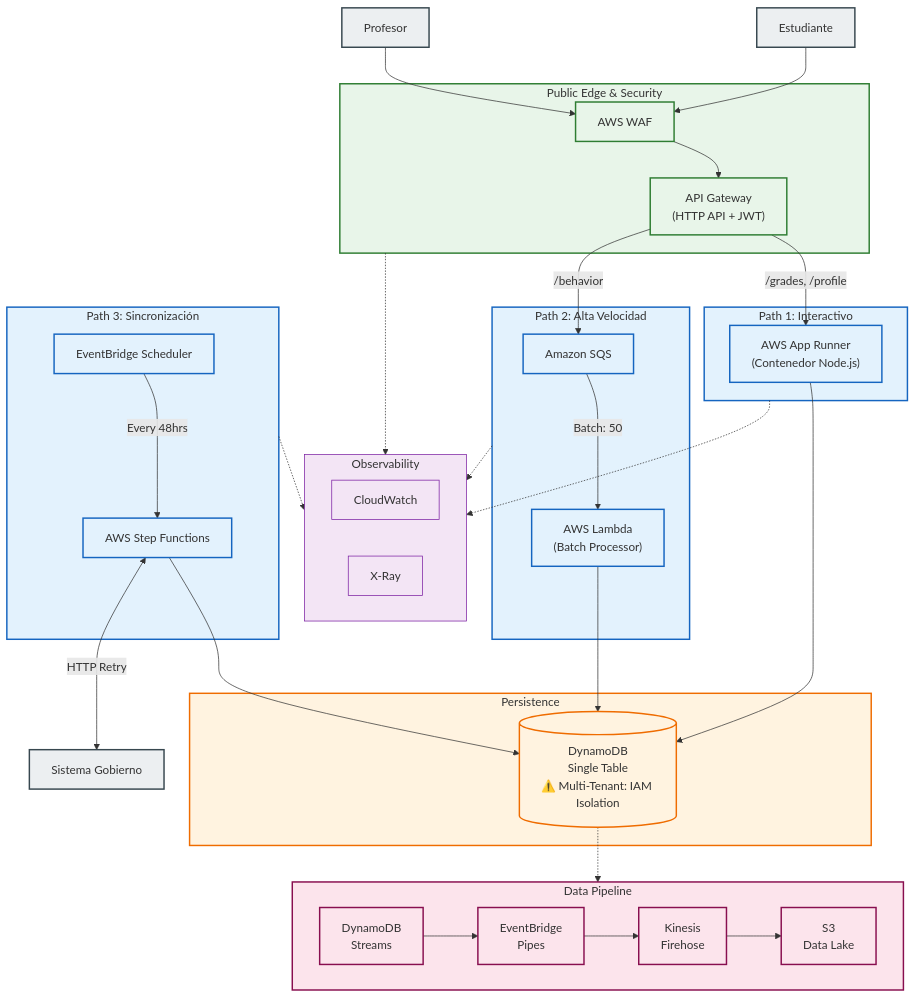
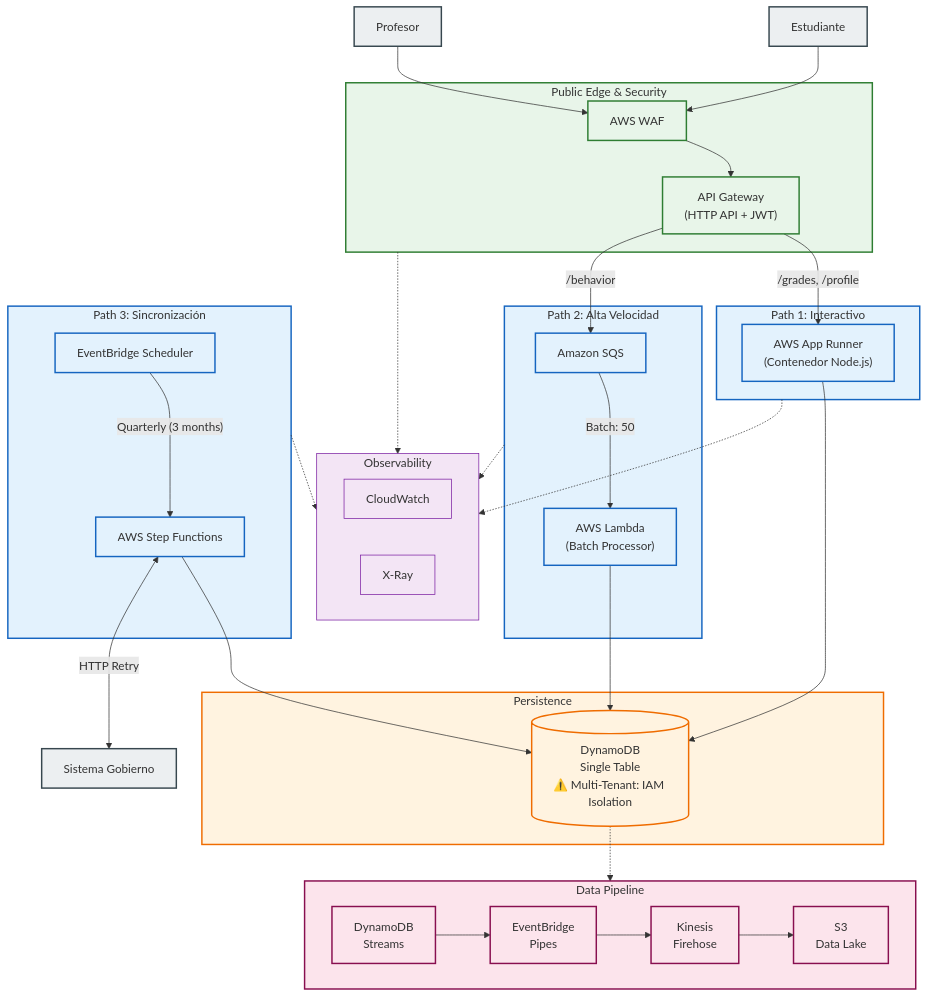
The first of 6 diagrams in README.md (fabzter/luca-home-assessment), drawn with Mermaid before and after one commit. The commit also changed other lines of this file, not shown here.

```diff
--- a/README.md
+++ b/README.md
@@ -85,7 +85,7 @@
     Lambda --> DynamoDB
 
     %% Path 3: Government Sync
-    Scheduler -->|"Every 48hrs"| StepFunctions
+    Scheduler -->|"Quarterly (3 months)"| StepFunctions
     StepFunctions --> DynamoDB
     StepFunctions <-->|"HTTP Retry"| GovSystem
 
```
